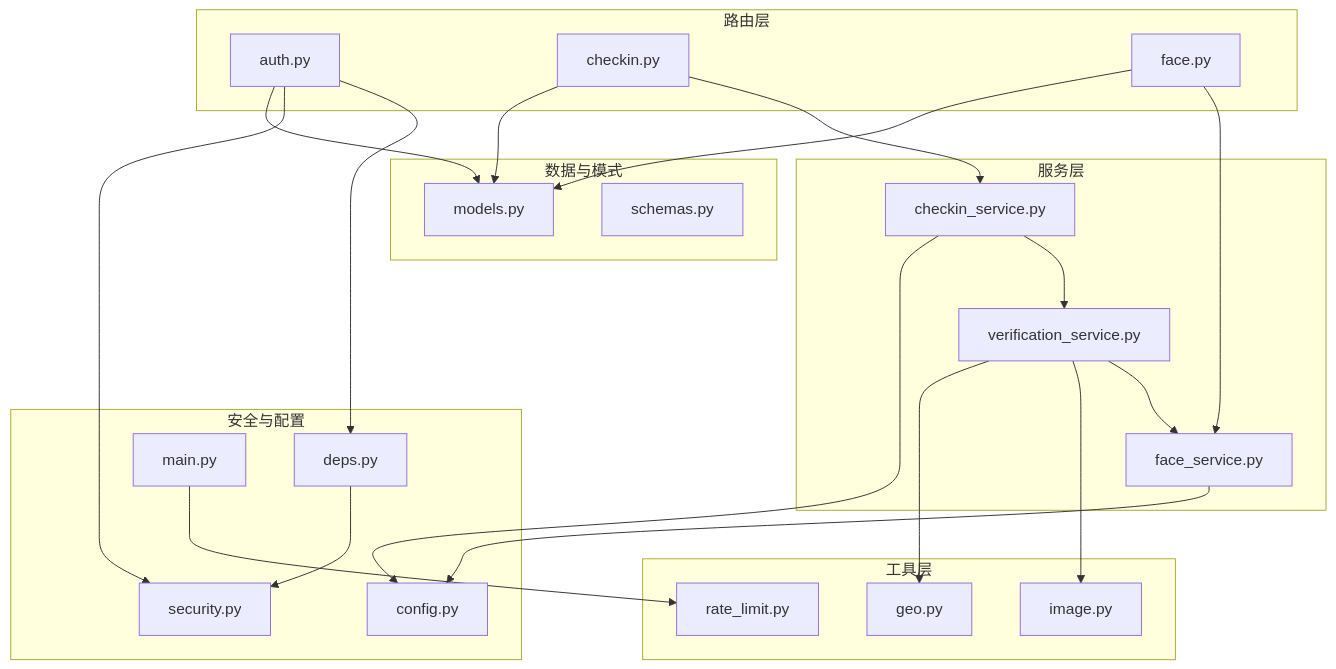
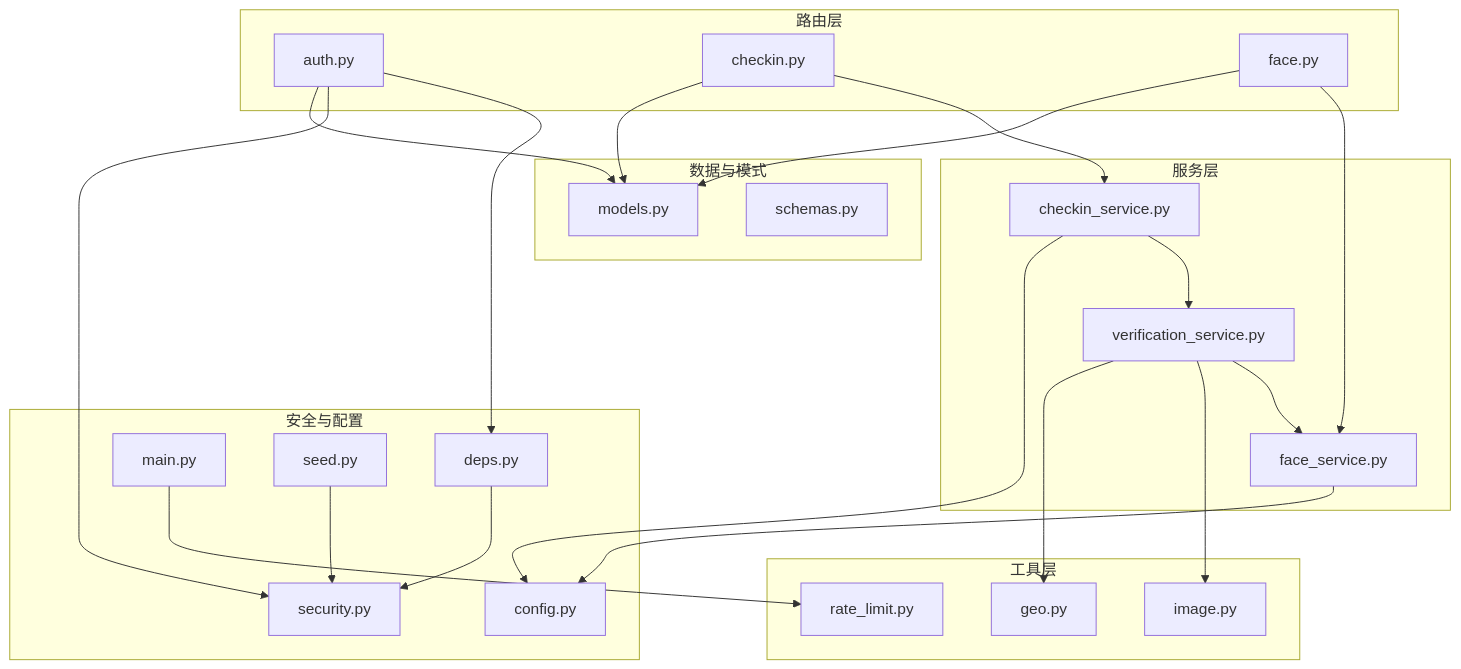
The first of 8 diagrams in .qoder/repowiki/zh/content/安全与认证机制/安全与认证机制.md (onebody/homework), drawn with Mermaid before and after one commit. The commit also changed other lines of this file and 9 other files, not shown here.

````diff
--- a/.qoder/repowiki/zh/content/安全与认证机制/安全与认证机制.md
+++ b/.qoder/repowiki/zh/content/安全与认证机制/安全与认证机制.md
@@ -53,43 +54,45 @@
 ```mermaid
 graph TB
 subgraph "路由层"
 RAuth["auth.py"]
 RCheckin["checkin.py"]
 RFace["face.py"]
 end
 subgraph "服务层"
 SCheckin["checkin_service.py"]
 SVerify["verification_service.py"]
 SFace["face_service.py"]
 end
 subgraph "工具层"
 UImage["image.py"]
 UGeo["geo.py"]
 URateLimit["rate_limit.py"]
 end
 subgraph "安全与配置"
 Sec["security.py"]
 Cfg["config.py"]
 Deps["deps.py"]
 Main["main.py"]
+Seed["seed.py"]
 end
 subgraph "数据与模式"
 Models["models.py"]
 Schemas["schemas.py"]
 end
 RAuth --> Deps
 RCheckin --> SCheckin
 RFace --> SFace
 SCheckin --> SVerify
 SVerify --> SFace
 SVerify --> UImage
 SVerify --> UGeo
 RAuth --> Sec
 Deps --> Sec
 SFace --> Cfg
 SCheckin --> Cfg
 RAuth --> Models
 RCheckin --> Models
 RFace --> Models
 Main --> URateLimit
+Seed --> Sec
 ```
````
